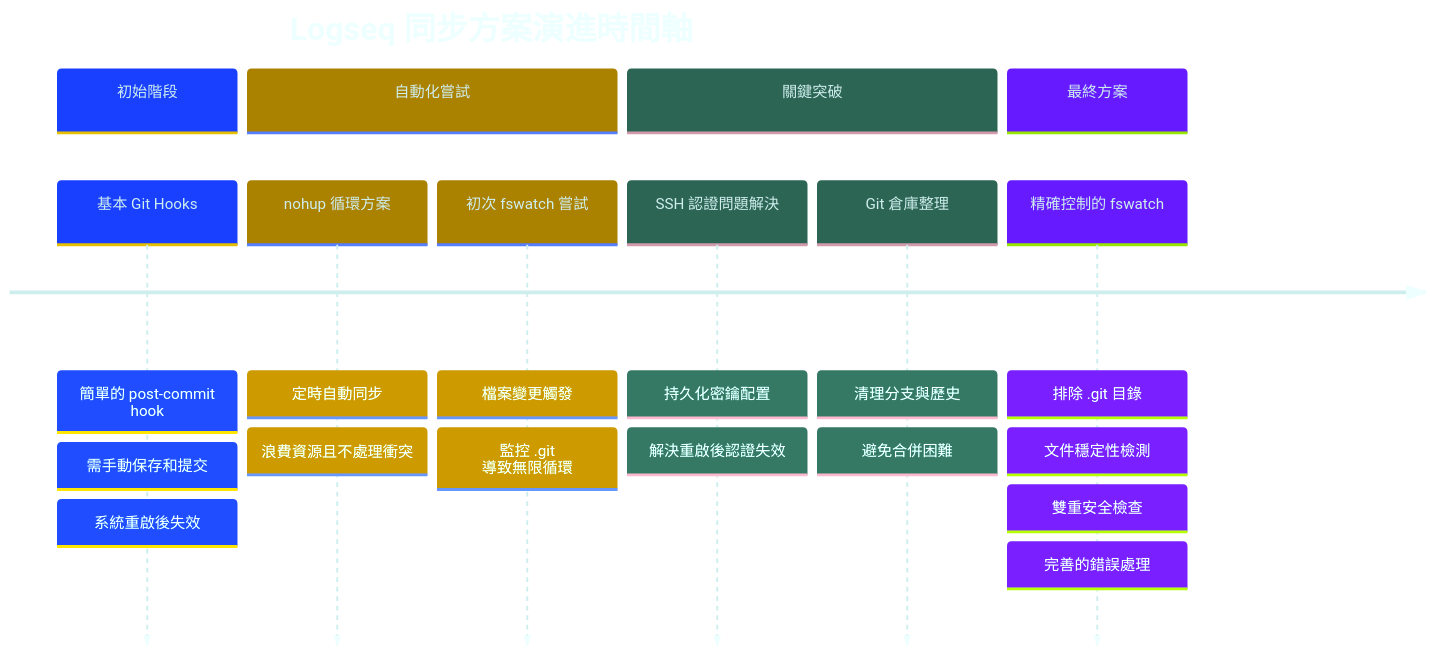
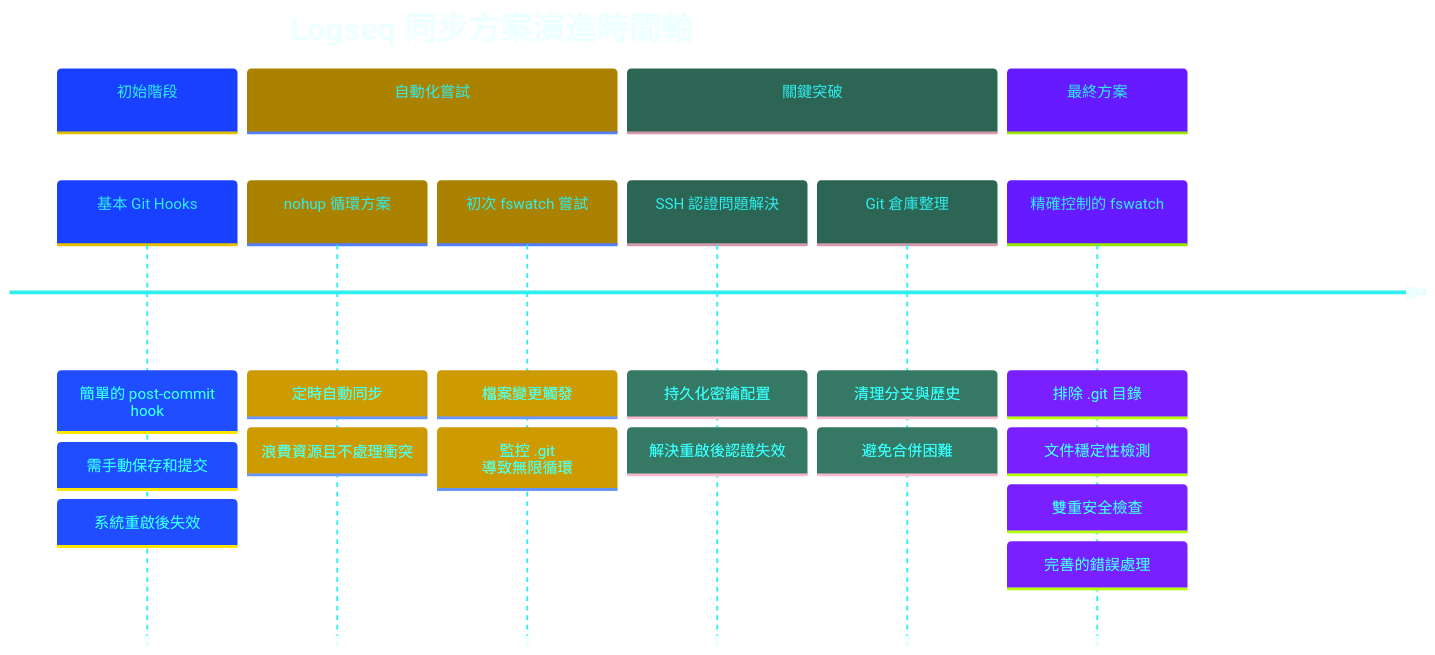
One commit to GengGeng026/Sync-Logseq changed the first of 2 diagrams in Logseq同步方案演進記錄.md. Above: the diagram before and after it, drawn with Mermaid.

Commit message:
Auto-sync: Wed Mar 26 09:22:34 +08 2025

````diff
--- a/Logseq同步方案演進記錄.md
+++ b/Logseq同步方案演進記錄.md
@@ -24,44 +24,44 @@
 ```mermaid
 %%{init: {
   'theme': 'base', 
   'themeVariables': {
     'primaryColor': '#99AAFF',
     'secondaryColor': '#FFCB2B',
     'tertiaryColor': '#59B79A',
-    'primaryTextColor': '#CEEEEE',
+    'primaryTextColor': '#2FEEEE',
     'primaryBorderColor': '#59B79A',
     'lineColor': '#C792EA',
     'background': 'transparent',
     'textColor': '#EEFFFF',
     'nodeBorder': '#59B79A',
     'clusterBkg': 'transparent',
     'titleColor': '#EEFFFF',
     'sectionBkgColor': '#273747',
     'sectionBkgColor2': '#334455',
     'sectionBkgColor3': '#3A4A5A',
     'sectionBkgColor4': '#42546A',
     'sectionBkgColor5': '#4B5E78'
   }
 }}%%
 timeline
     title Logseq 同步方案演進時間軸
     section 初始階段
         基本 Git Hooks : 簡單的 post-commit hook
         : 需手動保存和提交
         : 系統重啟後失效
     section 自動化嘗試
         nohup 循環方案 : 定時自動同步
         : 浪費資源且不處理衝突
         初次 fswatch 嘗試 : 檔案變更觸發
         : 監控 .git 導致無限循環
     section 關鍵突破
         SSH 認證問題解決 : 持久化密鑰配置
         : 解決重啟後認證失效
         Git 倉庫整理 : 清理分支與歷史
         : 避免合併困難
     section 最終方案
         精確控制的 fswatch : 排除 .git 目錄
         : 文件穩定性檢測
         : 雙重安全檢查
         : 完善的錯誤處理
 ```
````
